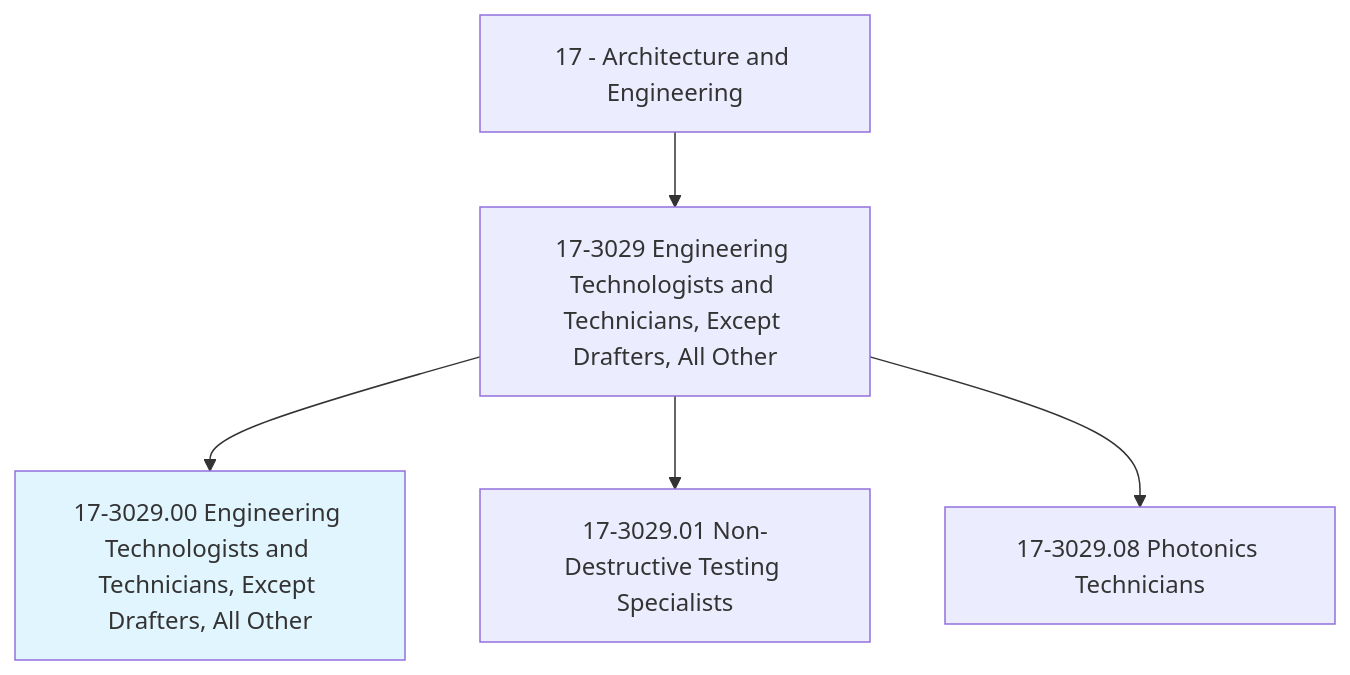
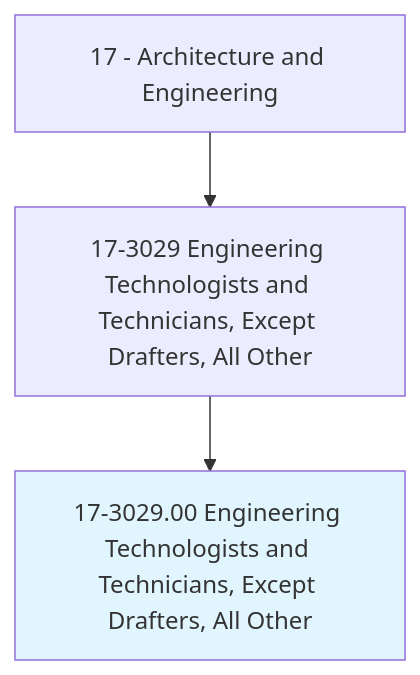
One commit to kziemski/business.org.ai changed the first of 4 diagrams in occupations/Architecture/EngineeringTechnologistsAndTechniciansExceptDrafters.mdx. Above: the diagram before and after it, drawn with Mermaid. The commit also changed other lines of this file and 938 other files, not shown here.

````diff
--- a/occupations/Architecture/EngineeringTechnologistsAndTechniciansExceptDrafters.mdx
+++ b/occupations/Architecture/EngineeringTechnologistsAndTechniciansExceptDrafters.mdx
@@ -19,8 +23,6 @@
 ```mermaid
 graph TD
     Cat17["17 - Architecture and Engineering"] --> Group173029["17-3029 Engineering Technologists and Technicians, Except Drafters, All Other"]
     Group173029 --> Current["17-3029.00 Engineering Technologists and Technicians, Except Drafters, All Other"]
     style Current fill:#e1f5fe
-    Group173029 --> V17302901["17-3029.01 Non-Destructive Testing Specialists"]
-    Group173029 --> V17302908["17-3029.08 Photonics Technicians"]
 ```
````
